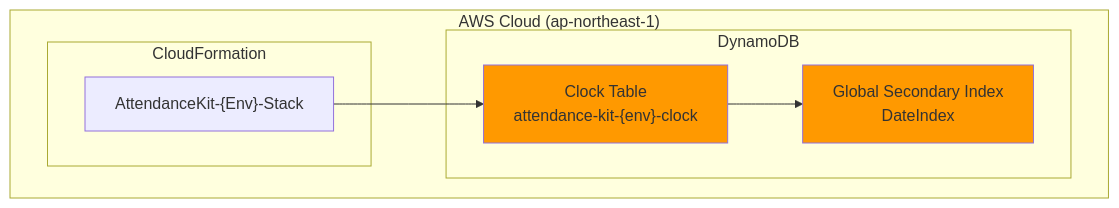
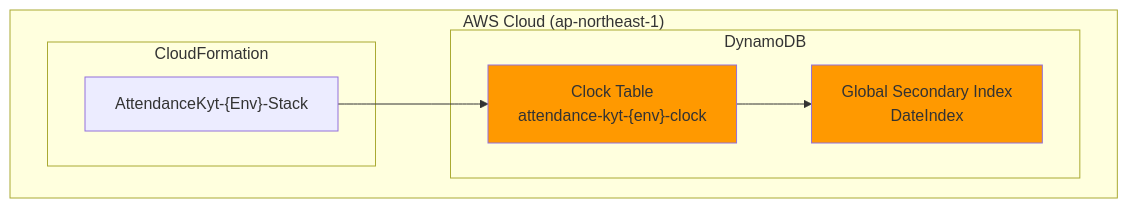
One commit to goataka/spec-kit-with-coding-agent changed the first of 2 diagrams in docs/architecture/dynamodb-clock-table.md. Above: the diagram before and after it, drawn with Mermaid. The commit also changed other lines of this file and 15 other files, not shown here.

Commit message:
システム名変更とドキュメント整理: attendance-kit→attendance-kyt、重複排除、検証手順追加

````diff
--- a/docs/architecture/dynamodb-clock-table.md
+++ b/docs/architecture/dynamodb-clock-table.md
@@ -9,19 +9,19 @@
 ```mermaid
 graph TB
     subgraph AWS["AWS Cloud (ap-northeast-1)"]
         subgraph CloudFormation["CloudFormation"]
-            stack["AttendanceKit-{Env}-Stack"]
+            stack["AttendanceKyt-{Env}-Stack"]
         end
         
         subgraph DynamoDB["DynamoDB"]
-            table["Clock Table<br/>attendance-kit-{env}-clock"]
+            table["Clock Table<br/>attendance-kyt-{env}-clock"]
             gsi["Global Secondary Index<br/>DateIndex"]
             table --> gsi
         end
         
         stack --> table
     end
     
     style table fill:#FF9900
     style gsi fill:#FF9900
 ```
````
